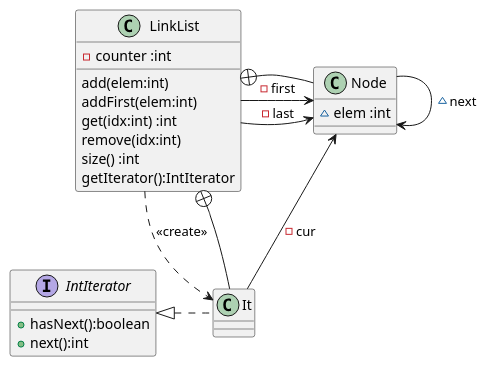
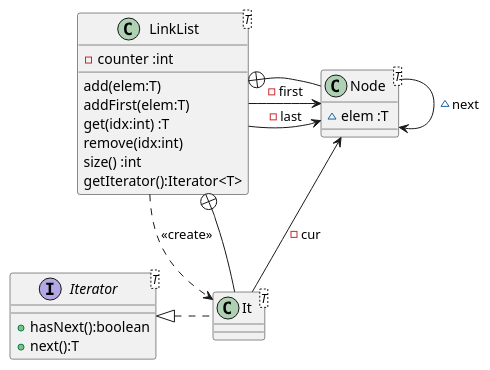
One commit to isel-leic-poo/20-21-1-LI21N changed the diagram in List/out/production/List/isel/poo/list/LinkList.puml. Above: the diagram before and after it, drawn with PlantUML. The commit also changed 3 other files, not shown here.

```diff
--- a/List/out/production/List/isel/poo/list/LinkList.puml
+++ b/List/out/production/List/isel/poo/list/LinkList.puml
@@ -1,40 +1,40 @@
 @startuml
 
-class LinkList {
+class LinkList<T> {
   '-first :Node
   -counter :int
-  add(elem:int)
-  addFirst(elem:int)
-  get(idx:int) :int
+  add(elem:T)
+  addFirst(elem:T)
+  get(idx:int) :T
   remove(idx:int)
   size() :int
-  getIterator():IntIterator
+  getIterator():Iterator<T>
 }
 LinkList ..> It : <<create>>
 
-interface IntIterator {
+interface Iterator<T> {
    +hasNext():boolean
-   +next():int
+   +next():T
 }
 
-class It {
+class It<T> {
    '+hasNext():boolean
    '+next():int
 }
 
-class Node {
-  ~elem :int
+class Node<T> {
+  ~elem :T
   '~next :Node
 }
 
 Node <- It : -cur
 Node -> Node : ~next
 'LinkList ..> IntIterator
 LinkList +- Node : "  "
 LinkList -> Node : -first
 LinkList -> Node : -last
 LinkList +-- It
 
-IntIterator <|. It : "      "
+Iterator <|. It : "      "
 
 @enduml
```
